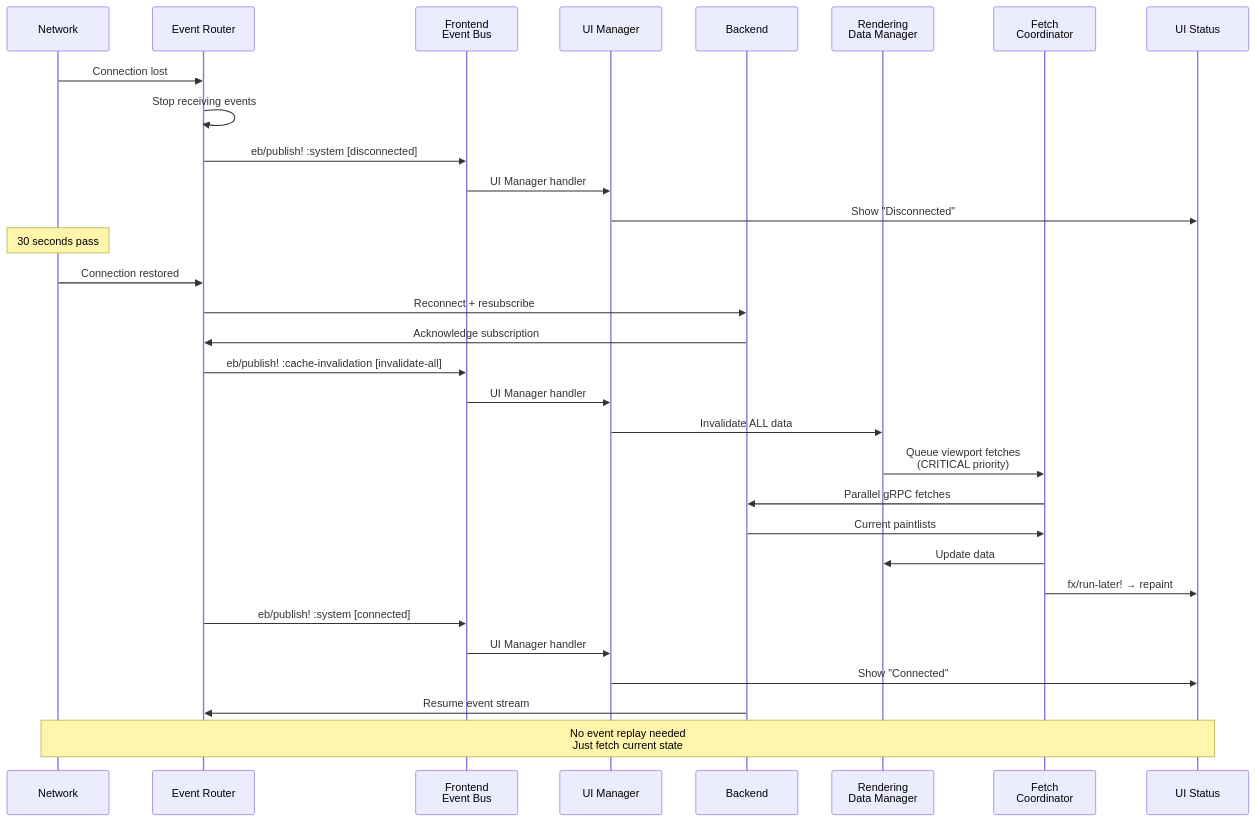
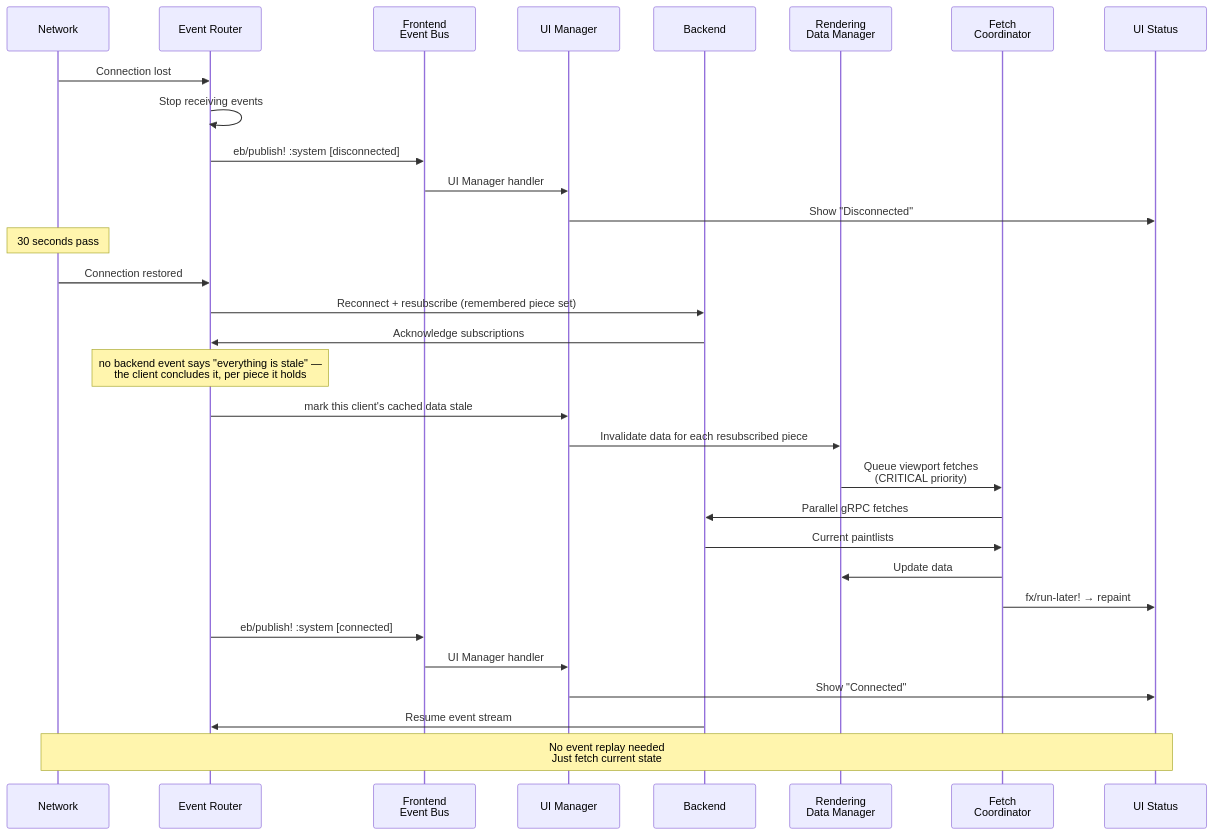
One commit to PeterBengtson/Ooloi-docs changed the fourth of 6 diagrams in ADRs/0031-Frontend-Event-Driven-Architecture.md. Above: the diagram before and after it, drawn with Mermaid. The commit also changed other lines of this file and 7 other files, not shown here.

````diff
--- a/ADRs/0031-Frontend-Event-Driven-Architecture.md
+++ b/ADRs/0031-Frontend-Event-Driven-Architecture.md
@@ -461,35 +517,35 @@
 ```mermaid
 sequenceDiagram
     participant NET as Network
     participant ER as Event Router
     participant BUS as Frontend<br/>Event Bus
     participant UM as UI Manager
     participant BE as Backend
     participant RDM as Rendering<br/>Data Manager
     participant FC as Fetch<br/>Coordinator
     participant UI as UI Status
 
     NET->>ER: Connection lost
     ER->>ER: Stop receiving events
     ER->>BUS: eb/publish! :system [disconnected]
     BUS->>UM: UI Manager handler
     UM->>UI: Show "Disconnected"
     Note over NET: 30 seconds pass
     NET->>ER: Connection restored
-    ER->>BE: Reconnect + resubscribe
-    BE->>ER: Acknowledge subscription
-    ER->>BUS: eb/publish! :cache-invalidation [invalidate-all]
-    BUS->>UM: UI Manager handler
-    UM->>RDM: Invalidate ALL data
+    ER->>BE: Reconnect + resubscribe (remembered piece set)
+    BE->>ER: Acknowledge subscriptions
+    Note over ER: no backend event says "everything is stale" —<br/>the client concludes it, per piece it holds
+    ER->>UM: mark this client's cached data stale
+    UM->>RDM: Invalidate data for each resubscribed piece
     RDM->>FC: Queue viewport fetches<br/>(CRITICAL priority)
     FC->>BE: Parallel gRPC fetches
     BE->>FC: Current paintlists
     FC->>RDM: Update data
     FC->>UI: fx/run-later! → repaint
     ER->>BUS: eb/publish! :system [connected]
     BUS->>UM: UI Manager handler
     UM->>UI: Show "Connected"
     BE->>ER: Resume event stream
 
     Note over NET,UI: No event replay needed<br/>Just fetch current state
 ```
````
